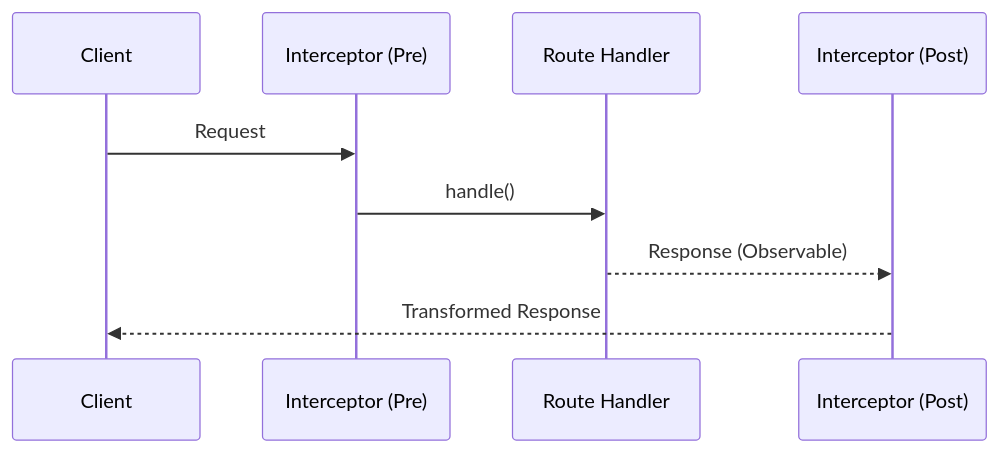
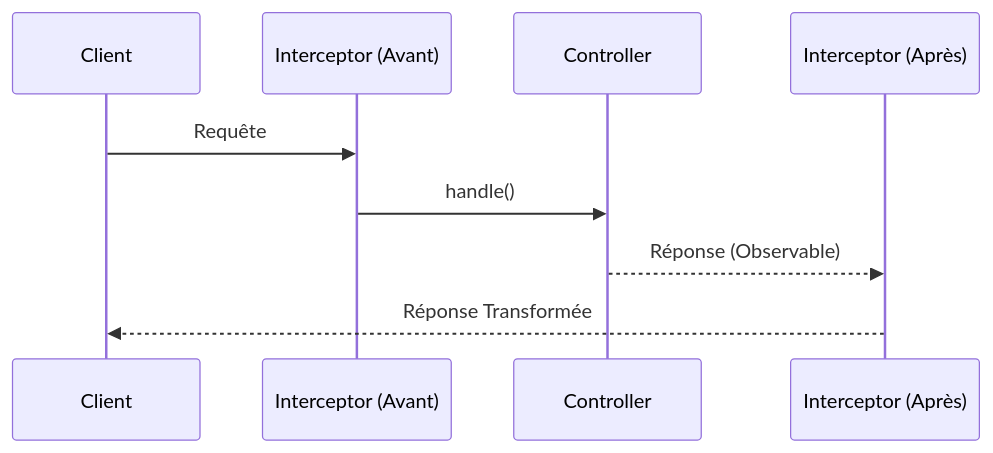
The diagram in slides.md (Drissnafii/nestjs-advanced), drawn with Mermaid before and after one commit. The commit also changed other lines of this file and 1 other file, not shown here.

````diff
--- a/slides.md
+++ b/slides.md
@@ -279,12 +350,12 @@
 ```mermaid
 sequenceDiagram
     participant Client
-    participant Interceptor (Pre)
-    participant Route Handler
-    participant Interceptor (Post)
+    participant Interceptor (Avant)
+    participant Controller
+    participant Interceptor (Après)
 
-    Client->>Interceptor (Pre): Request
-    Interceptor (Pre)->>Route Handler: handle()
-    Route Handler-->>Interceptor (Post): Response (Observable)
-    Interceptor (Post)-->>Client: Transformed Response
+    Client->>Interceptor (Avant): Requête
+    Interceptor (Avant)->>Controller: handle()
+    Controller-->>Interceptor (Après): Réponse (Observable)
+    Interceptor (Après)-->>Client: Réponse Transformée
 ```
````
